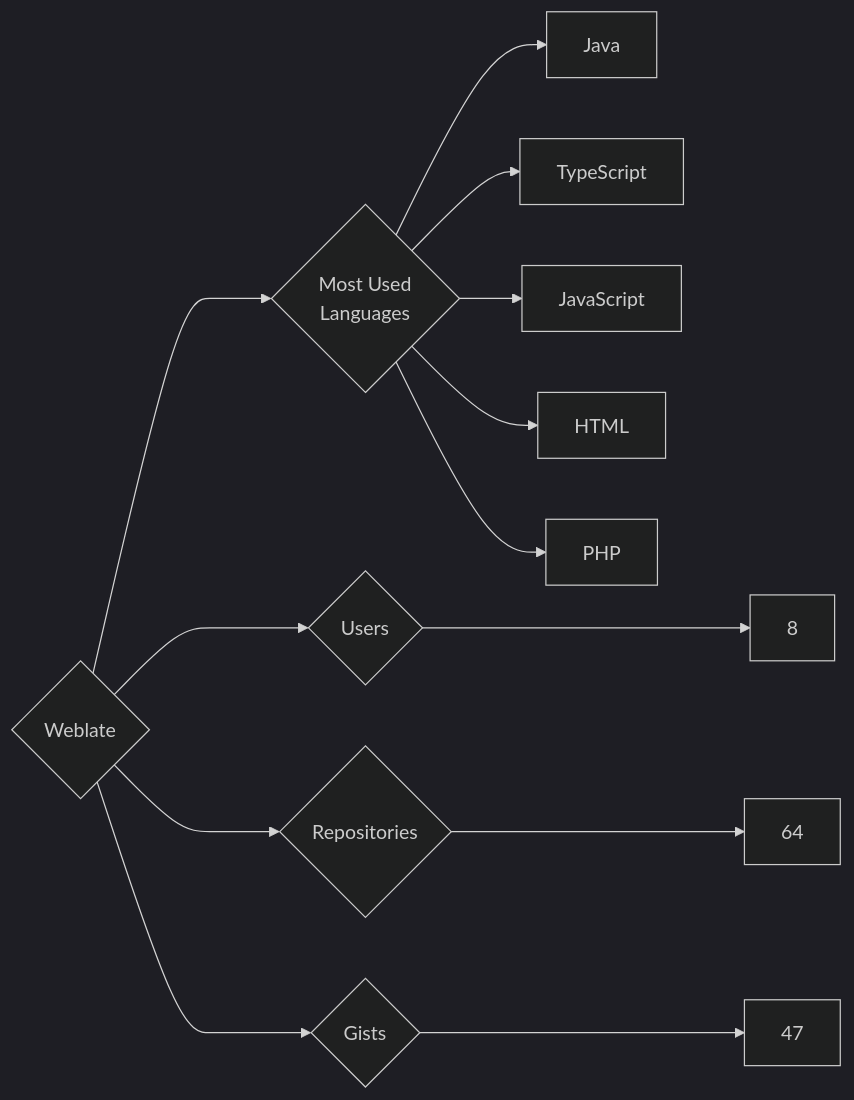
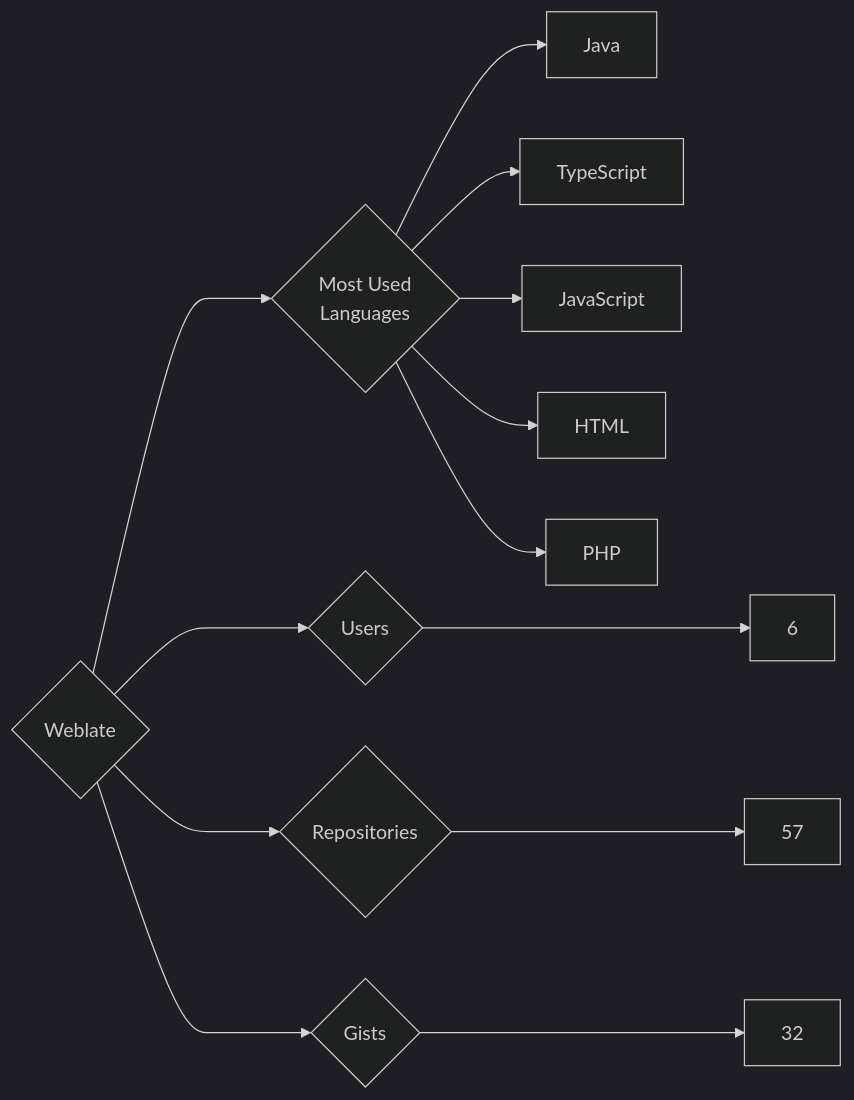
Before and after one commit to trickest/insiders: the diagram in targets/Weblate/README.md, drawn with Mermaid (dark theme). The commit also changed 1496 other files, not shown here.

````diff
--- a/targets/Weblate/README.md
+++ b/targets/Weblate/README.md
@@ -3,13 +3,13 @@
 ```mermaid
 graph LR
 COMPANY_NAME{Weblate}
-COMPANY_NAME ---> U{Users} ---> UN[8]
-COMPANY_NAME ---> R{Repositories} ---> RN[64]
-COMPANY_NAME ---> G{Gists} ---> GN[47]
+COMPANY_NAME ---> U{Users} ---> UN[6]
+COMPANY_NAME ---> R{Repositories} ---> RN[57]
+COMPANY_NAME ---> G{Gists} ---> GN[32]
 COMPANY_NAME ---> ML{Most Used<br>Languages}
 ML --> Java[Java]
 ML --> TypeScript[TypeScript]
 ML --> JavaScript[JavaScript]
 ML --> HTML[HTML]
 ML --> PHP[PHP]
 ```
````
